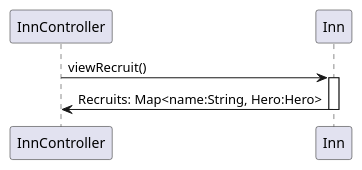
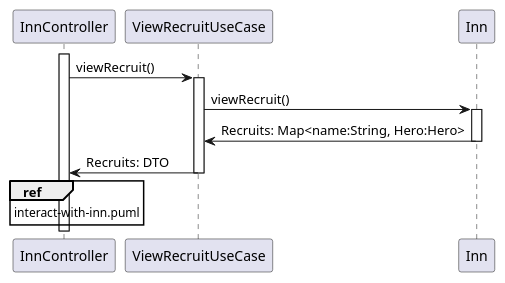
One commit to JosefG50/2203-Legends-of-Sword-and-Wand changed the diagram in rpg-legends/docs/uml/ViewRecruit.puml. Above: the diagram before and after it, drawn with PlantUML. The commit also changed 5 other files, not shown here.

```diff
--- a/rpg-legends/docs/uml/ViewRecruit.puml
+++ b/rpg-legends/docs/uml/ViewRecruit.puml
@@ -1,4 +1,17 @@
-InnController -> Inn: viewRecruit()
+@startuml ViewRecruitUseCase
+participant InnController
+participant ViewRecruitUseCase
+participant Inn
+
+activate InnController
+InnController -> ViewRecruitUseCase: viewRecruit()
+activate ViewRecruitUseCase
+ViewRecruitUseCase -> Inn: viewRecruit()
 activate Inn
-Inn -> InnController: Recruits: Map<name:String, Hero:Hero>
+Inn -> ViewRecruitUseCase: Recruits: Map<name:String, Hero:Hero>
 deactivate Inn
+ViewRecruitUseCase -> InnController: Recruits: DTO
+deactivate ViewRecruitUseCase
+ref over InnController: interact-with-inn.puml
+
+@enduml
```
